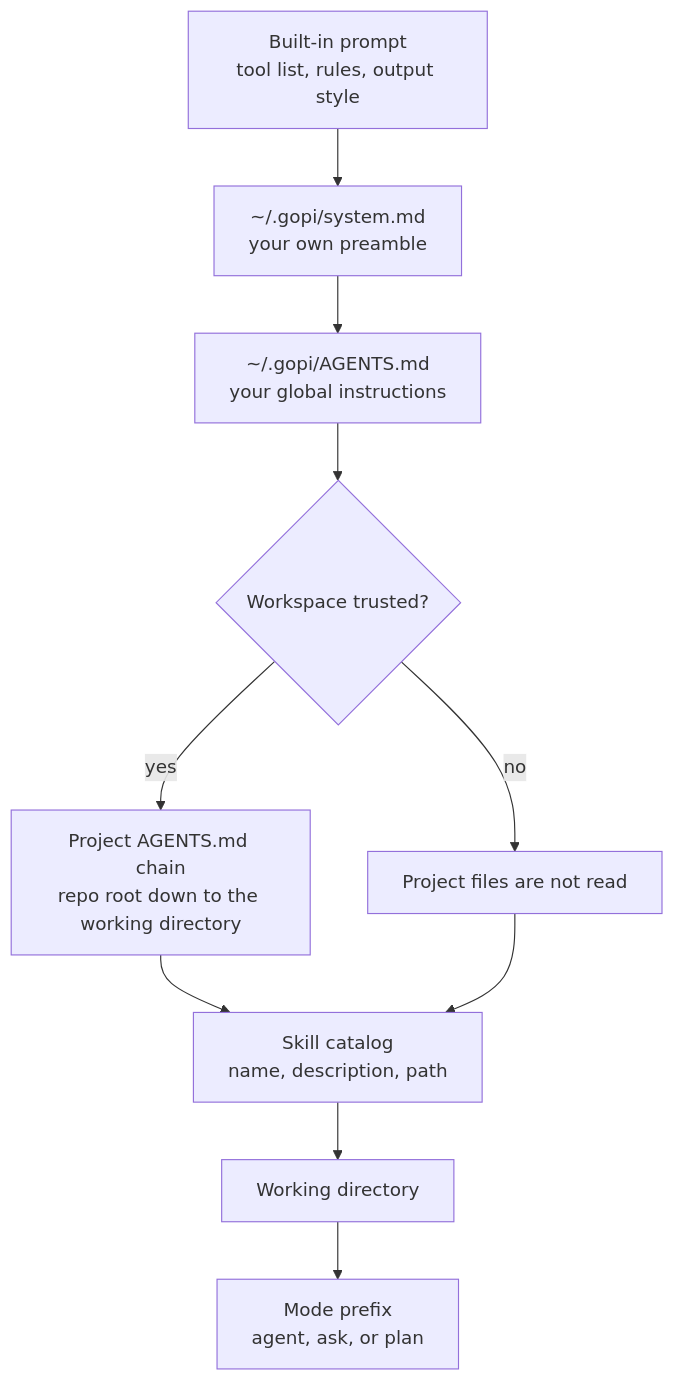
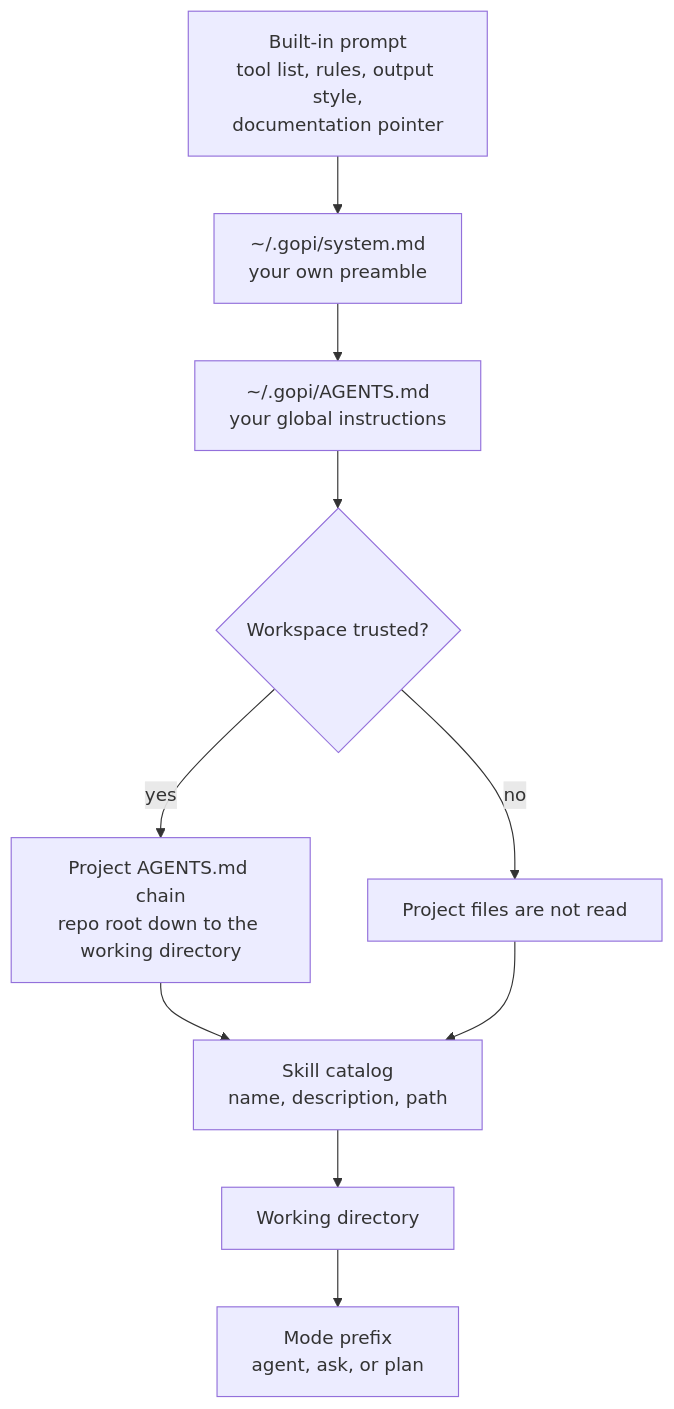
One commit to cgund98/gopi changed the diagram in docs/src/concepts/instructions.md. Above: the diagram before and after it, drawn with Mermaid. The commit also changed other lines of this file and 17 other files, not shown here.

````diff
--- a/docs/src/concepts/instructions.md
+++ b/docs/src/concepts/instructions.md
@@ -10,12 +10,12 @@
 ```mermaid
 flowchart TD
-    Base["Built-in prompt<br/>tool list, rules, output style"] --> User["~/.gopi/system.md<br/>your own preamble"]
+    Base["Built-in prompt<br/>tool list, rules, output style,<br/>documentation pointer"] --> User["~/.gopi/system.md<br/>your own preamble"]
     User --> UserAgents["~/.gopi/AGENTS.md<br/>your global instructions"]
     UserAgents --> Project{"Workspace trusted?"}
     Project -->|yes| Chain["Project AGENTS.md chain<br/>repo root down to the working directory"]
     Project -->|no| Skip["Project files are not read"]
     Chain --> Catalog["Skill catalog<br/>name, description, path"]
     Skip --> Catalog
     Catalog --> Cwd["Working directory"]
     Cwd --> Mode["Mode prefix<br/>agent, ask, or plan"]
 ```
````
